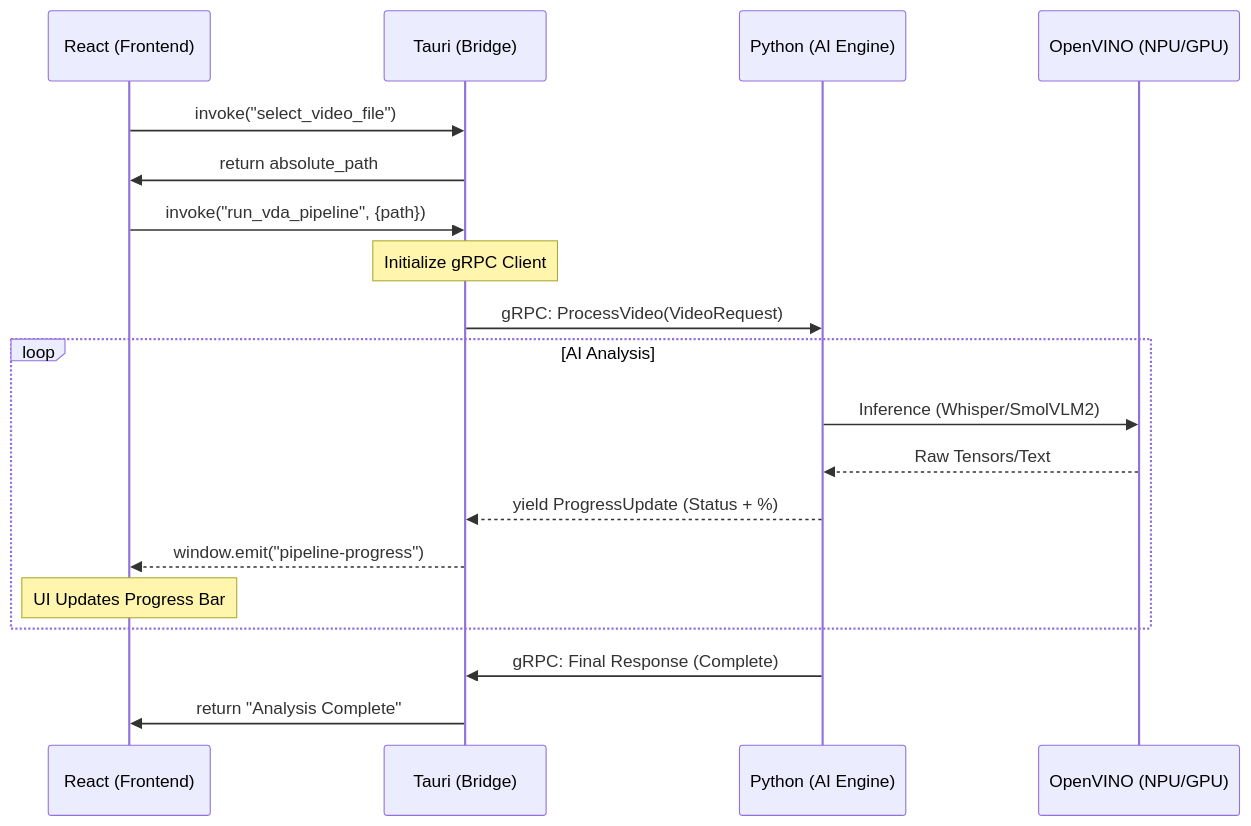
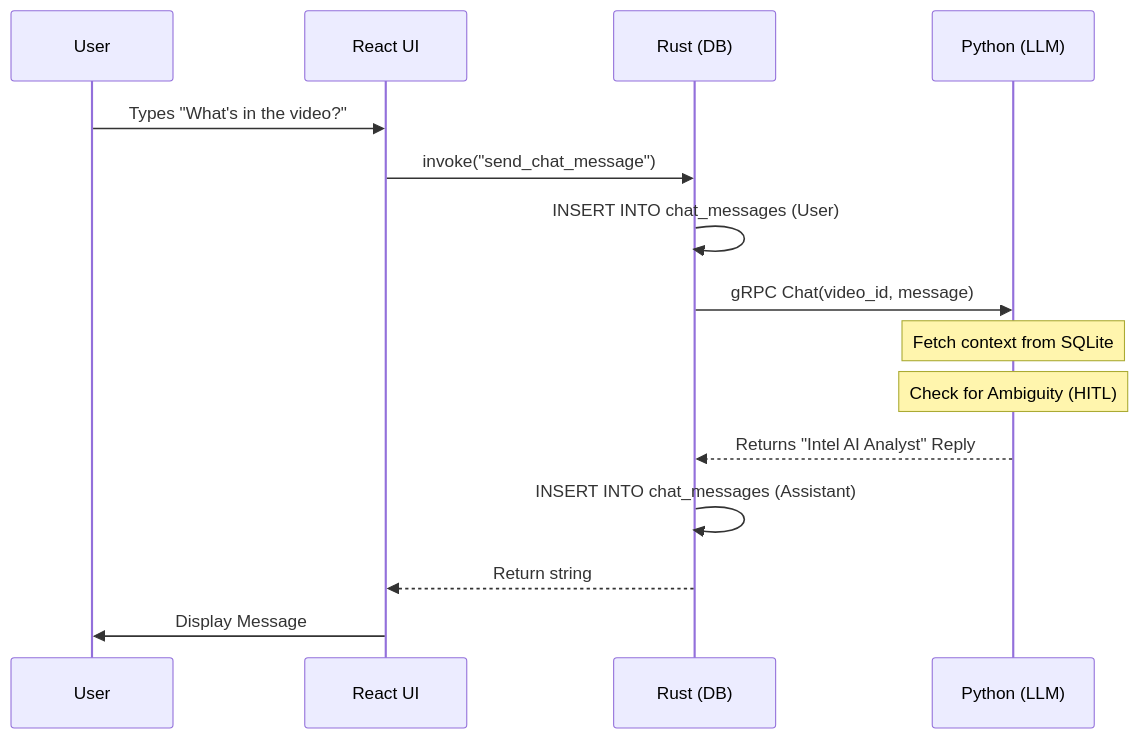
Before and after one commit to mahmadza/Intel-VDA-OpenVINO: the diagram in docs/architecture/data-flow.md, drawn with Mermaid. The commit also changed other lines of this file and 3 other files, not shown here.

````diff
--- a/docs/architecture/data-flow.md
+++ b/docs/architecture/data-flow.md
@@ -11,25 +12,20 @@
 ```mermaid
 sequenceDiagram
-    participant UI as React (Frontend)
-    participant Rust as Tauri (Bridge)
-    participant Py as Python (AI Engine)
-    participant HW as OpenVINO (NPU/GPU)
+    participant U as User
+    participant UI as React UI
+    participant R as Rust (DB)
+    participant P as Python (LLM)
 
-    UI->>Rust: invoke("select_video_file")
-    Rust->>UI: return absolute_path
+    U->>UI: Types "What's in the video?"
+    UI->>R: invoke("send_chat_message")
+    R->>R: INSERT INTO chat_messages (User)
+    R->>P: gRPC Chat(video_id, message)
     
-    UI->>Rust: invoke("run_vda_pipeline", {path})
-    Note over Rust: Initialize gRPC Client
-    Rust->>Py: gRPC: ProcessVideo(VideoRequest)
+    Note over P: Fetch context from SQLite
+    Note over P: Check for Ambiguity (HITL)
     
-    loop AI Analysis
-        Py->>HW: Inference (Whisper/SmolVLM2)
-        HW-->>Py: Raw Tensors/Text
-        Py-->>Rust: yield ProgressUpdate (Status + %)
-        Rust-->>UI: window.emit("pipeline-progress")
-        Note over UI: UI Updates Progress Bar
-    end
-    
-    Py->>Rust: gRPC: Final Response (Complete)
-    Rust->>UI: return "Analysis Complete"
+    P-->>R: Returns "Intel AI Analyst" Reply
+    R->>R: INSERT INTO chat_messages (Assistant)
+    R-->>UI: Return string
+    UI->>U: Display Message
 ```
````
